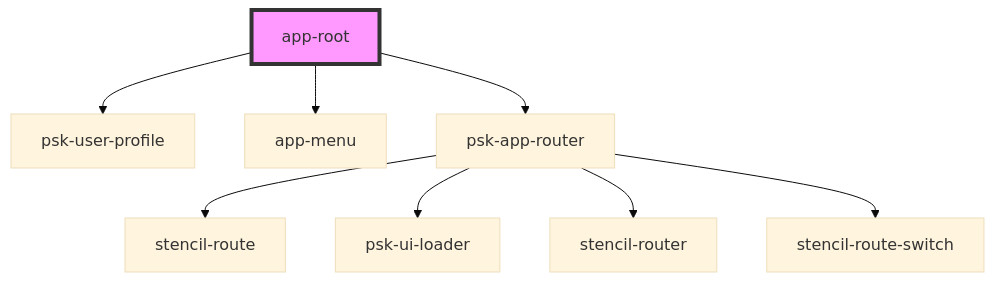
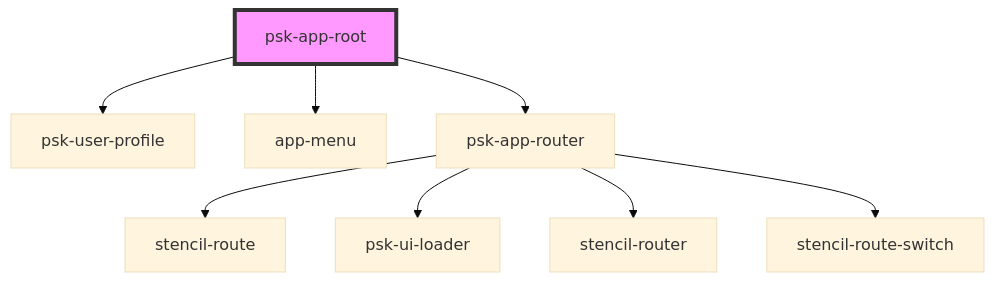
One commit to daniel-visoiu/cardinal changed the diagram in src/components/psk-app-root/readme.md. Above: the diagram before and after it, drawn with Mermaid (base theme). The commit also changed 11 other files, not shown here.

````diff
--- a/src/components/psk-app-root/readme.md
+++ b/src/components/psk-app-root/readme.md
@@ -32,11 +32,11 @@
 ```mermaid
 graph TD;
-  app-root --> psk-user-profile
-  app-root --> app-menu
-  app-root --> psk-app-router
+  psk-app-root --> psk-user-profile
+  psk-app-root --> app-menu
+  psk-app-root --> psk-app-router
   psk-app-router --> stencil-route
   psk-app-router --> psk-ui-loader
   psk-app-router --> stencil-router
   psk-app-router --> stencil-route-switch
-  style app-root fill:#f9f,stroke:#333,stroke-width:4px
+  style psk-app-root fill:#f9f,stroke:#333,stroke-width:4px
 ```
````
